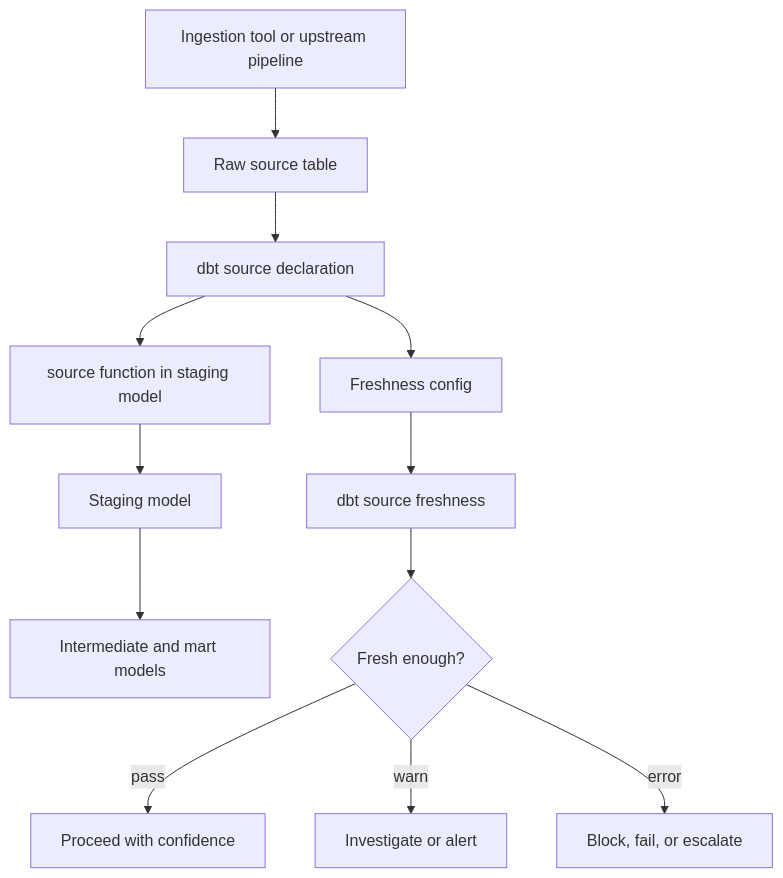
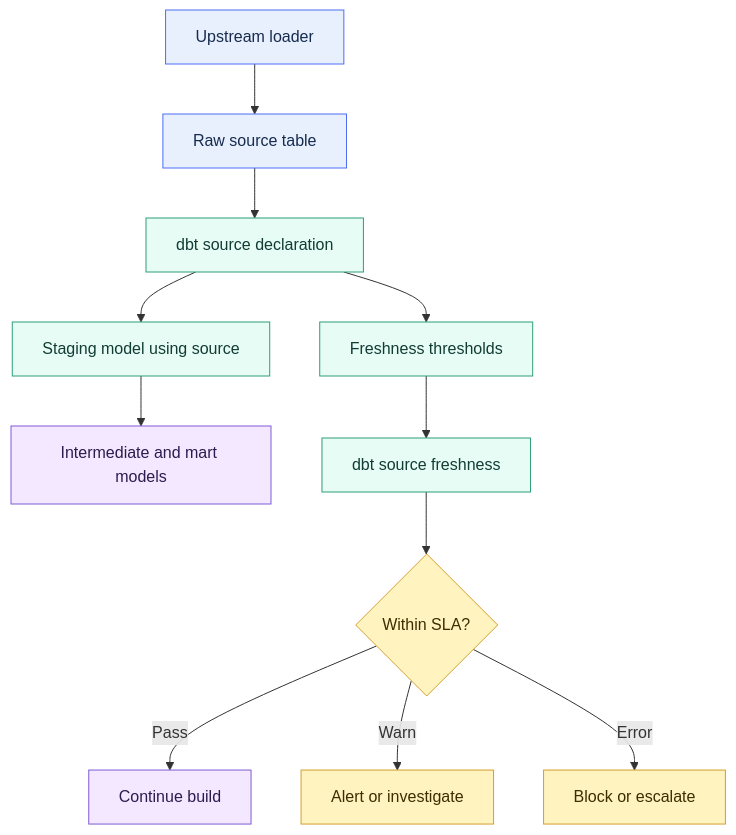
The diagram in 02 dbt/01 Core Concepts and Project Structure/07 Sources and Source Freshness.md (shonningsoy/Upskill), drawn with Mermaid before and after one commit. The commit also changed other lines of this file and 10 other files, not shown here.

````diff
--- a/02 dbt/01 Core Concepts and Project Structure/07 Sources and Source Freshness.md
+++ b/02 dbt/01 Core Concepts and Project Structure/07 Sources and Source Freshness.md
@@ -76,15 +77,25 @@
 ```mermaid
 flowchart TD
-    A[Ingestion tool or upstream pipeline] --> B[Raw source table]
+    A[Upstream loader] --> B[Raw source table]
     B --> C[dbt source declaration]
-    C --> D[source function in staging model]
-    D --> E[Staging model]
-    E --> F[Intermediate and mart models]
+    C --> D[Staging model using source]
+    D --> E[Intermediate and mart models]
 
-    C --> G[Freshness config]
-    G --> H[dbt source freshness]
-    H --> I{Fresh enough?}
-    I -->|pass| J[Proceed with confidence]
-    I -->|warn| K[Investigate or alert]
-    I -->|error| L[Block, fail, or escalate]
+    C --> F[Freshness thresholds]
+    F --> G[dbt source freshness]
+    G --> H{Within SLA?}
+    H -->|Pass| I[Continue build]
+    H -->|Warn| J[Alert or investigate]
+    H -->|Error| K[Block or escalate]
+
+    classDef input fill:#E8F0FE,stroke:#4C6EF5,color:#172B4D
+    classDef control fill:#FFF3BF,stroke:#D69E2E,color:#3D2E00
+    classDef dbt fill:#E6FCF5,stroke:#2F9E7B,color:#123C34
+    classDef platform fill:#F1F3F5,stroke:#868E96,color:#212529
+    classDef output fill:#F3E8FF,stroke:#805AD5,color:#2D1B4E
+
+    class A,B input
+    class C,D,F,G dbt
+    class E,I output
+    class H,J,K control
 ```
````
